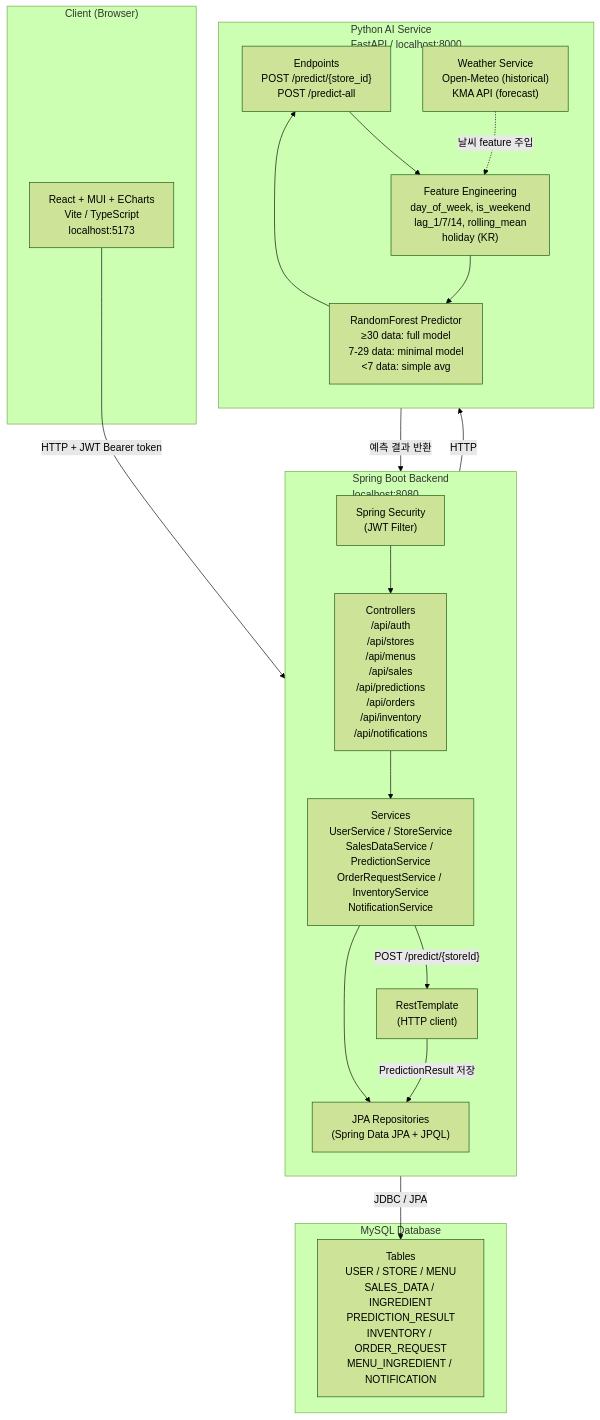
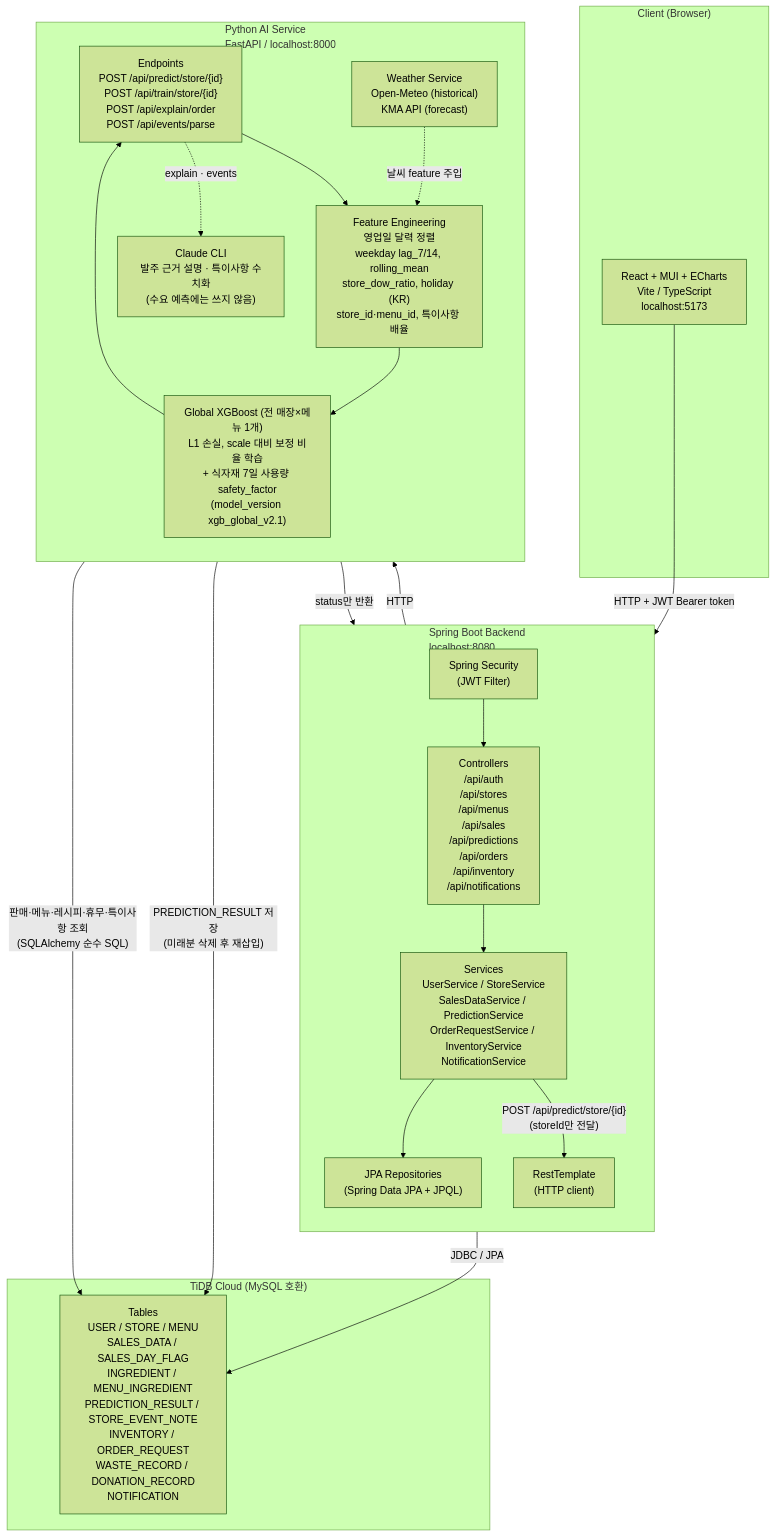
The diagram in uml/architecture.md (Food-G/FoodGuard), drawn with Mermaid (forest theme) before and after one commit. The commit also changed other lines of this file and 15 other files, not shown here.

First line of the commit message:
docs: 모델 설명·uml 정합성 수정, 에이전트 작업 지령서·점검 문서 추가

````diff
--- a/uml/architecture.md
+++ b/uml/architecture.md
@@ -3,41 +3,44 @@
 ```mermaid
 graph TB
     subgraph Client["Client (Browser)"]
         FE["React + MUI + ECharts<br/>Vite / TypeScript<br/>localhost:5173"]
     end
 
     subgraph Backend["Spring Boot Backend<br/>localhost:8080"]
         direction TB
         SEC["Spring Security<br/>(JWT Filter)"]
         CTR["Controllers<br/>/api/auth<br/>/api/stores<br/>/api/menus<br/>/api/sales<br/>/api/predictions<br/>/api/orders<br/>/api/inventory<br/>/api/notifications"]
         SVC["Services<br/>UserService / StoreService<br/>SalesDataService / PredictionService<br/>OrderRequestService / InventoryService<br/>NotificationService"]
         REPO["JPA Repositories<br/>(Spring Data JPA + JPQL)"]
         RT["RestTemplate<br/>(HTTP client)"]
     end
 
     subgraph AI["Python AI Service<br/>FastAPI / localhost:8000"]
         direction TB
-        AIROUTE["Endpoints<br/>POST /predict/{store_id}<br/>POST /predict-all"]
-        FEAT["Feature Engineering<br/>day_of_week, is_weekend<br/>lag_1/7/14, rolling_mean<br/>holiday (KR)"]
-        MODEL["RandomForest Predictor<br/>≥30 data: full model<br/>7-29 data: minimal model<br/><7 data: simple avg"]
+        AIROUTE["Endpoints<br/>POST /api/predict/store/{id}<br/>POST /api/train/store/{id}<br/>POST /api/explain/order<br/>POST /api/events/parse"]
+        FEAT["Feature Engineering<br/>영업일 달력 정렬<br/>weekday lag_7/14, rolling_mean<br/>store_dow_ratio, holiday (KR)<br/>store_id·menu_id, 특이사항 배율"]
+        MODEL["Global XGBoost (전 매장×메뉴 1개)<br/>L1 손실, scale 대비 보정 비율 학습<br/>+ 식자재 7일 사용량 safety_factor<br/>(model_version xgb_global_v2.1)"]
         WEATHER["Weather Service<br/>Open-Meteo (historical)<br/>KMA API (forecast)"]
+        LLM["Claude CLI<br/>발주 근거 설명 · 특이사항 수치화<br/>(수요 예측에는 쓰지 않음)"]
     end
 
-    subgraph DB["MySQL Database"]
-        TABLES["Tables<br/>USER / STORE / MENU<br/>SALES_DATA / INGREDIENT<br/>PREDICTION_RESULT<br/>INVENTORY / ORDER_REQUEST<br/>MENU_INGREDIENT / NOTIFICATION"]
+    subgraph DB["TiDB Cloud (MySQL 호환)"]
+        TABLES["Tables<br/>USER / STORE / MENU<br/>SALES_DATA / SALES_DAY_FLAG<br/>INGREDIENT / MENU_INGREDIENT<br/>PREDICTION_RESULT / STORE_EVENT_NOTE<br/>INVENTORY / ORDER_REQUEST<br/>WASTE_RECORD / DONATION_RECORD<br/>NOTIFICATION"]
     end
 
     FE -->|"HTTP + JWT Bearer token"| SEC
     SEC --> CTR
     CTR --> SVC
     SVC --> REPO
     REPO -->|"JDBC / JPA"| TABLES
-    SVC -->|"POST /predict/{storeId}"| RT
+    SVC -->|"POST /api/predict/store/{id}<br/>(storeId만 전달)"| RT
     RT -->|"HTTP"| AIROUTE
+    AIROUTE -->|"판매·메뉴·레시피·휴무·특이사항 조회<br/>(SQLAlchemy 순수 SQL)"| TABLES
     AIROUTE --> FEAT
     FEAT --> MODEL
     MODEL --> AIROUTE
     WEATHER -.->|"날씨 feature 주입"| FEAT
-    AIROUTE -->|"예측 결과 반환"| RT
-    RT -->|"PredictionResult 저장"| REPO
+    AIROUTE -->|"PREDICTION_RESULT 저장<br/>(미래분 삭제 후 재삽입)"| TABLES
+    AIROUTE -->|"status만 반환"| RT
+    AIROUTE -.->|"explain · events"| LLM
 ```
````
